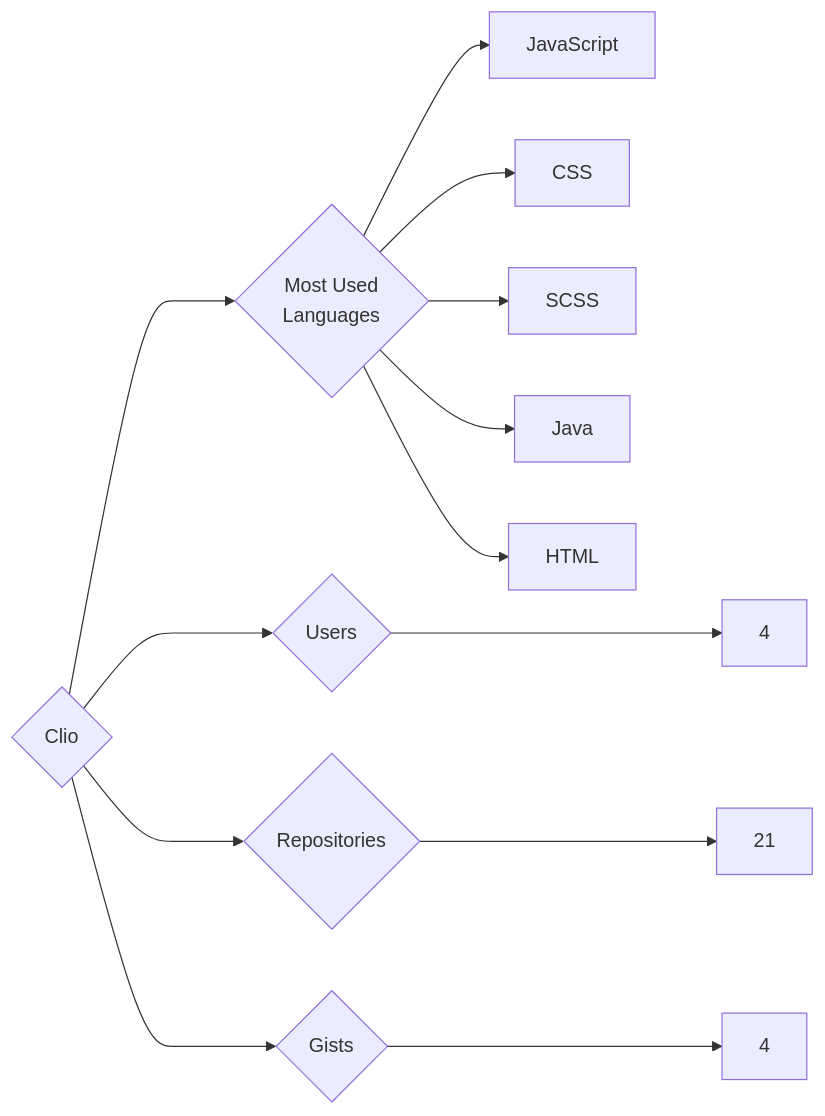
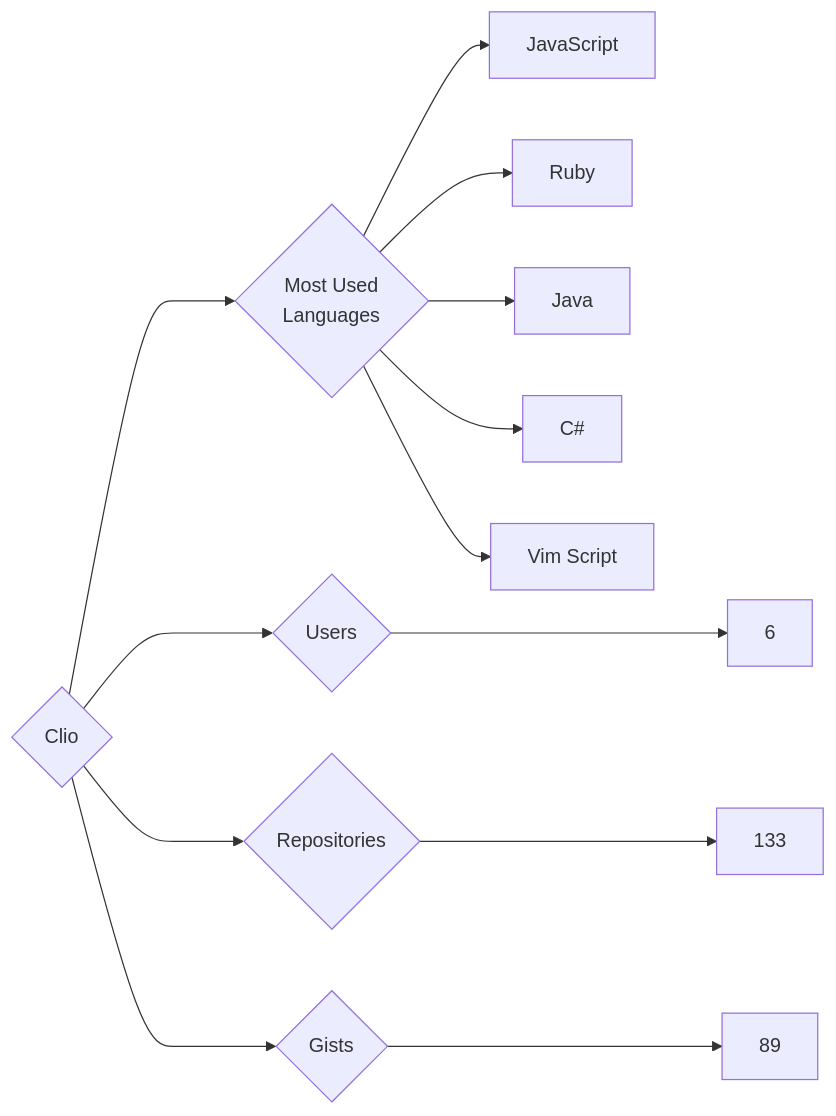
One commit to trickest/insiders changed the diagram in targets/Clio/README.md. Above: the diagram before and after it, drawn with Mermaid. The commit also changed 840 other files, not shown here.

````diff
--- a/targets/Clio/README.md
+++ b/targets/Clio/README.md
@@ -3,13 +3,13 @@
 ```mermaid
 graph LR
 COMPANY_NAME{Clio}
-COMPANY_NAME ---> U{Users} ---> UN[4]
-COMPANY_NAME ---> R{Repositories} ---> RN[21]
-COMPANY_NAME ---> G{Gists} ---> GN[4]
+COMPANY_NAME ---> U{Users} ---> UN[6]
+COMPANY_NAME ---> R{Repositories} ---> RN[133]
+COMPANY_NAME ---> G{Gists} ---> GN[89]
 COMPANY_NAME ---> ML{Most Used<br>Languages}
 ML --> JavaScript[JavaScript]
-ML --> CSS[CSS]
-ML --> SCSS[SCSS]
+ML --> Ruby[Ruby]
 ML --> Java[Java]
-ML --> HTML[HTML]
+ML --> C#[C#]
+ML --> Vim_Script[Vim Script]
 ```
````
